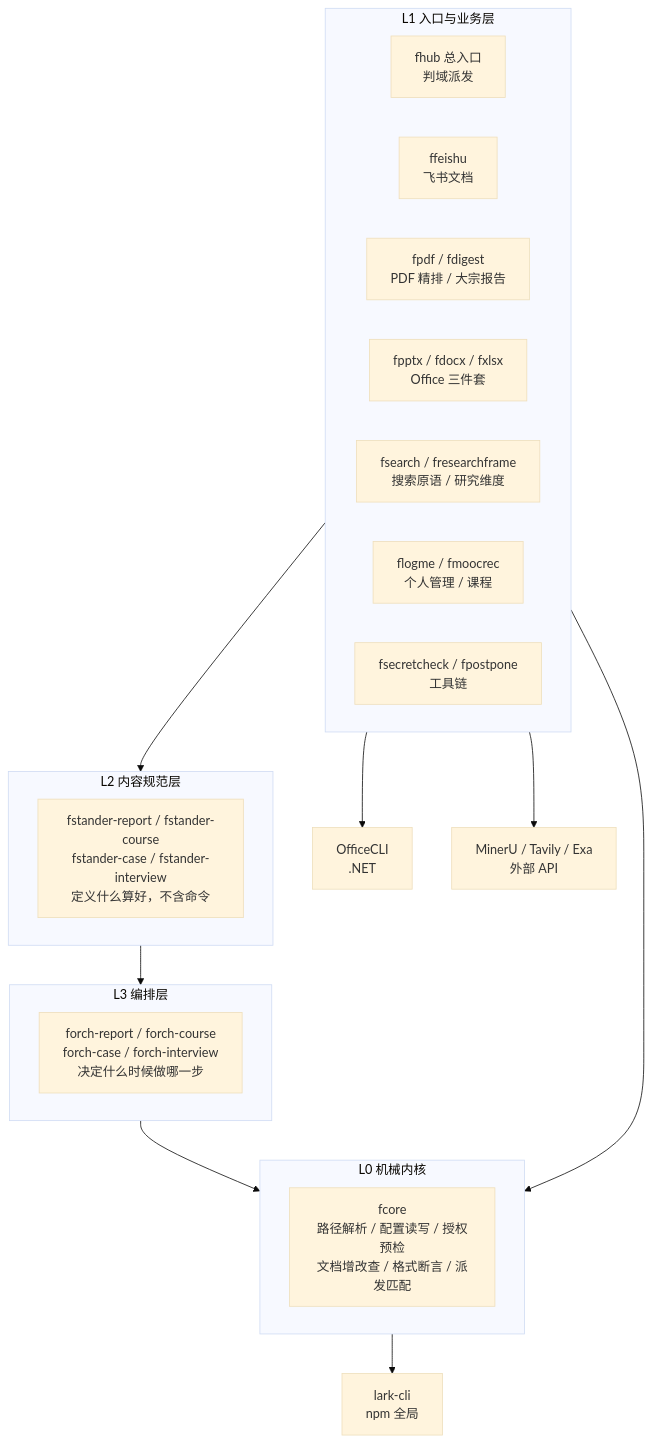
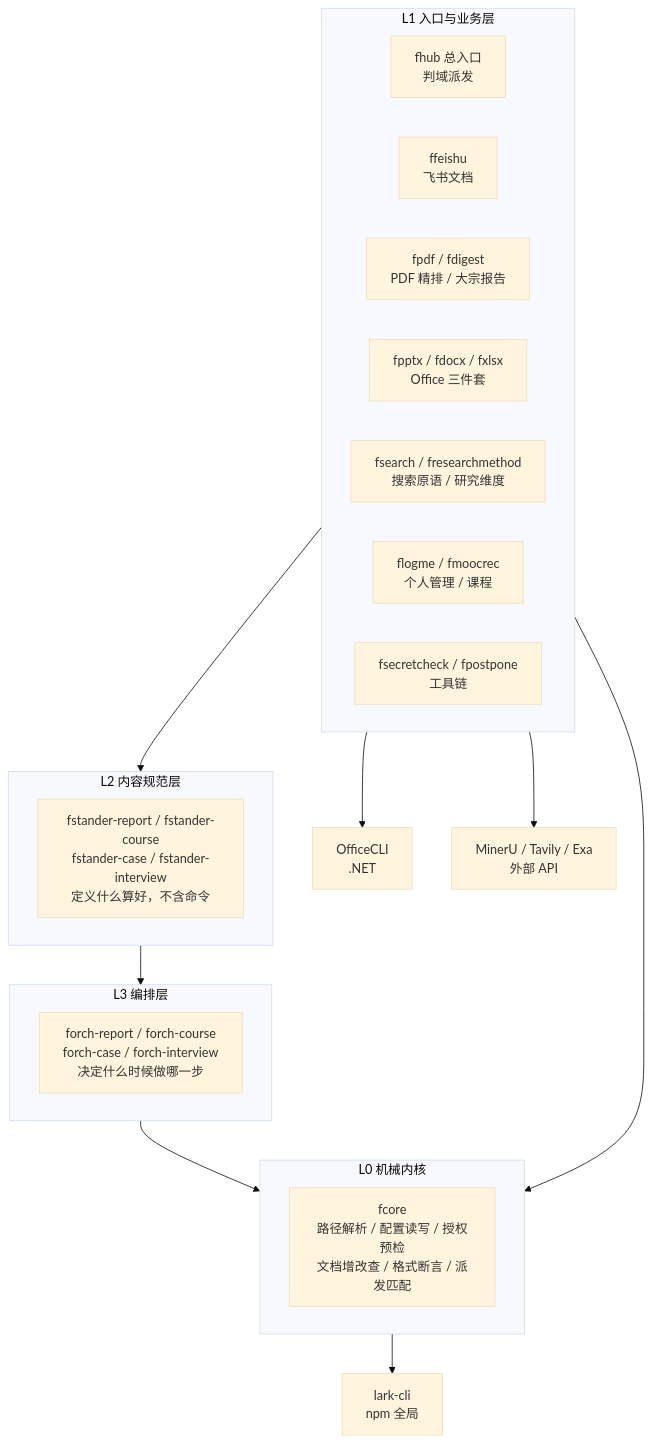
The first of 3 diagrams in README.md (mengfanchun2017/skill), drawn with Mermaid (base theme) before and after one commit. The commit also changed other lines of this file and 37 other files, not shown here.

````diff
--- a/README.md
+++ b/README.md
@@ -42,37 +42,37 @@
 ```mermaid
 flowchart TB
     subgraph L1["L1 入口与业务层"]
         direction LR
         fhub["fhub 总入口<br/>判域派发"]
         feishu["ffeishu<br/>飞书文档"]
         pdf["fpdf / fdigest<br/>PDF 精排 / 大宗报告"]
         office["fpptx / fdocx / fxlsx<br/>Office 三件套"]
-        research["fsearch / fresearchframe<br/>搜索原语 / 研究维度"]
+        research["fsearch / fresearchmethod<br/>搜索原语 / 研究维度"]
         personal["flogme / fmoocrec<br/>个人管理 / 课程"]
         tool["fsecretcheck / fpostpone<br/>工具链"]
     end
 
     subgraph L2["L2 内容规范层"]
         fstander["fstander-report / fstander-course<br/>fstander-case / fstander-interview<br/>定义什么算好，不含命令"]
     end
 
     subgraph L3["L3 编排层"]
         forch["forch-report / forch-course<br/>forch-case / forch-interview<br/>决定什么时候做哪一步"]
     end
 
     subgraph L0["L0 机械内核"]
         fcore["fcore<br/>路径解析 / 配置读写 / 授权预检<br/>文档增改查 / 格式断言 / 派发匹配"]
     end
 
     L1 --> L2
     L2 --> L3
     L3 --> L0
     L1 --> L0
 
     ext1["lark-cli<br/>npm 全局"]
     ext2["OfficeCLI<br/>.NET"]
     ext3["MinerU / Tavily / Exa<br/>外部 API"]
     L0 --> ext1
     L1 --> ext2
     L1 --> ext3
 ```
````
